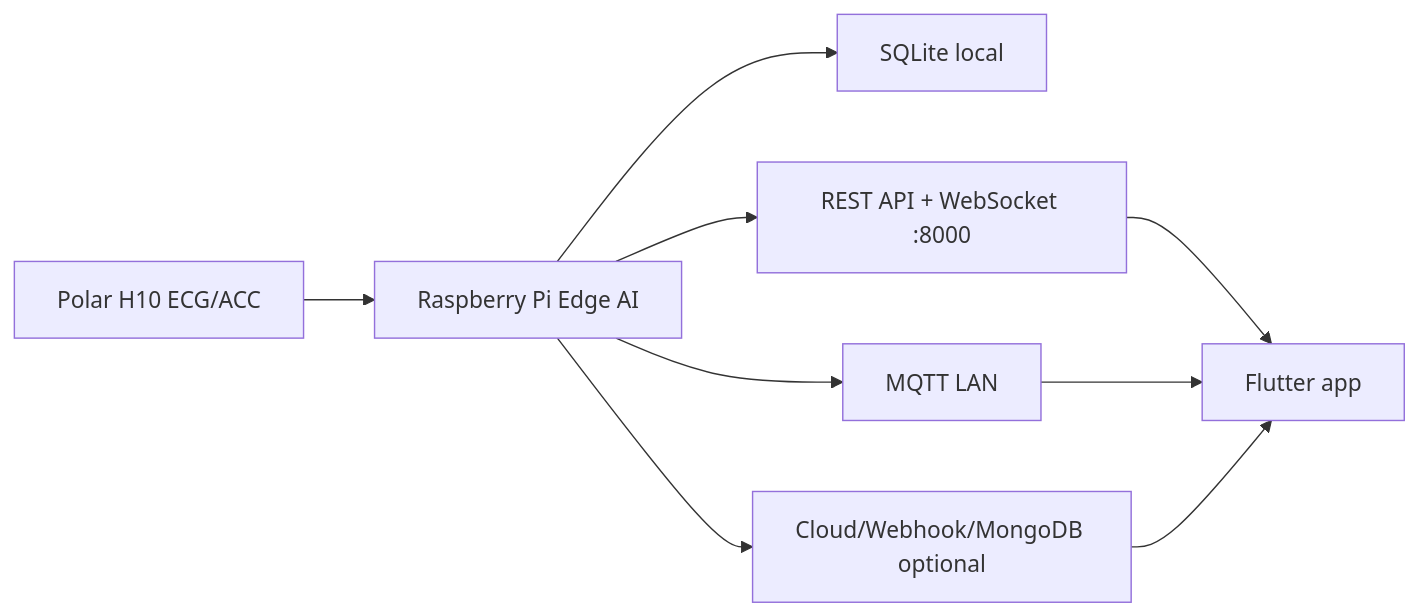
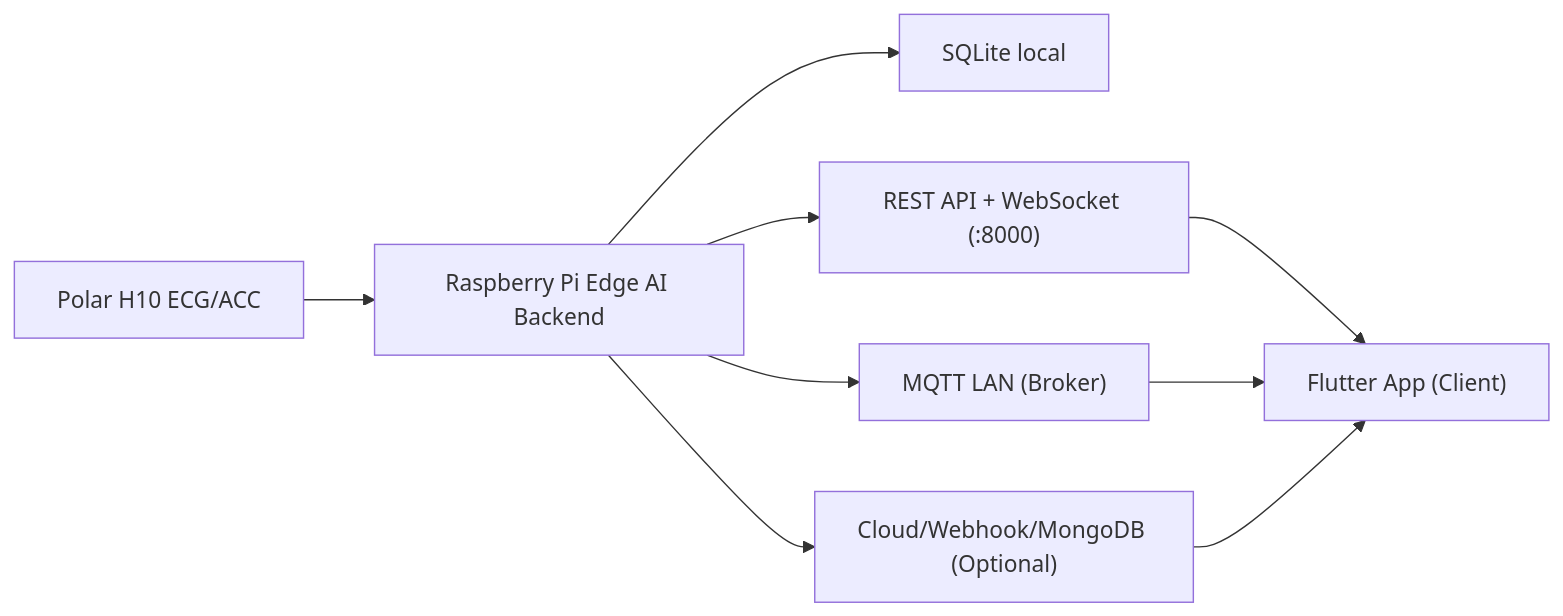
Before and after one commit to ducchinhsero/Elderly-Care: the diagram in README.md, drawn with Mermaid. The commit also changed other lines of this file and 7 other files, not shown here.

````diff
--- a/README.md
+++ b/README.md
@@ -7,11 +11,11 @@
 ```mermaid
 flowchart LR
-  P["Polar H10 ECG/ACC"] --> R["Raspberry Pi Edge AI"]
+  P["Polar H10 ECG/ACC"] --> R["Raspberry Pi Edge AI Backend"]
   R --> S["SQLite local"]
-  R --> A["REST API + WebSocket :8000"]
-  R --> M["MQTT LAN"]
-  R --> C["Cloud/Webhook/MongoDB optional"]
-  A --> F["Flutter app"]
+  R --> A["REST API + WebSocket (:8000)"]
+  R --> M["MQTT LAN (Broker)"]
+  R --> C["Cloud/Webhook/MongoDB (Optional)"]
+  A --> F["Flutter App (Client)"]
   M --> F
   C --> F
 ```
````
